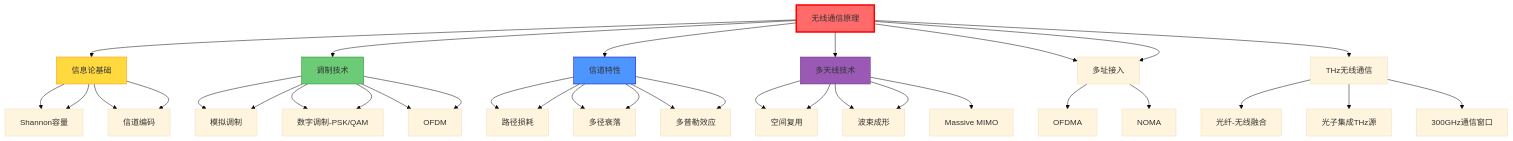
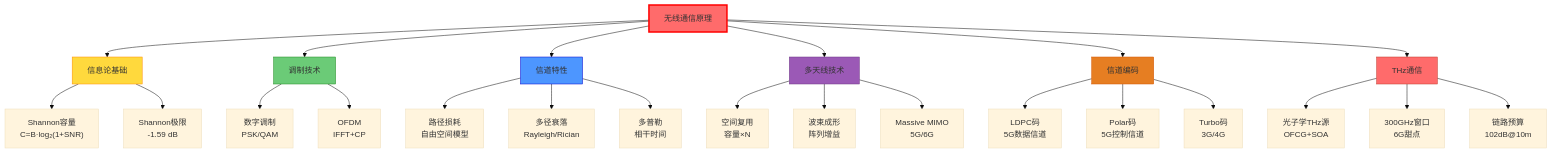
Before and after one commit to photonics-dhl/Self-learning: the second of 2 diagrams in Obsidian-Vault/1️⃣ 学科基础/📁 07 工程基础/13_无线通信原理.md, drawn with Mermaid (base theme). The commit also changed other lines of this file and 1 other file, not shown here.

````diff
--- a/Obsidian-Vault/1️⃣ 学科基础/📁 07 工程基础/13_无线通信原理.md
+++ b/Obsidian-Vault/1️⃣ 学科基础/📁 07 工程基础/13_无线通信原理.md
@@ -388,51 +383,39 @@
 ```mermaid
 graph TD
     A["无线通信原理"] --> B["信息论基础"]
     A --> C["调制技术"]
     A --> D["信道特性"]
     A --> E["多天线技术"]
-    A --> F["多址接入"]
+    A --> F["信道编码"]
+    A --> G["THz通信"]
 
-    B --> B1["Shannon容量"]
-    B --> B2["信道编码"]
+    B --> B1["Shannon容量<br/>C=B·log₂(1+SNR)"]
+    B --> B2["Shannon极限<br/>-1.59 dB"]
 
-    C --> C1["模拟调制"]
-    C --> C2["数字调制-PSK/QAM"]
-    C --> C3["OFDM"]
+    C --> C1["数字调制<br/>PSK/QAM"]
+    C --> C2["OFDM<br/>IFFT+CP"]
 
-    D --> D1["路径损耗"]
-    D --> D2["多径衰落"]
-    D --> D3["多普勒效应"]
+    D --> D1["路径损耗<br/>自由空间模型"]
+    D --> D2["多径衰落<br/>Rayleigh/Rician"]
+    D --> D3["多普勒<br/>相干时间"]
 
-    E --> E1["空间复用"]
-    E --> E2["波束成形"]
-    A --> F["多址接入"]
-    A --> G["THz无线通信"]
+    E --> E1["空间复用<br/>容量×N"]
+    E --> E2["波束成形<br/>阵列增益"]
+    E --> E3["Massive MIMO<br/>5G/6G"]
 
-    B --> B1["Shannon容量"]
-    B --> B2["信道编码"]
+    F --> F1["LDPC码<br/>5G数据信道"]
+    F --> F2["Polar码<br/>5G控制信道"]
+    F --> F3["Turbo码<br/>3G/4G"]
 
-    C --> C1["模拟调制"]
-    C --> C2["数字调制-PSK/QAM"]
-    C --> C3["OFDM"]
-
-    D --> D1["路径损耗"]
-    D --> D2["多径衰落"]
-    D --> D3["多普勒效应"]
-
-    E --> E1["空间复用"]
-    E --> E2["波束成形"]
-    E --> E3["Massive MIMO"]
-
-    G --> G1["光纤-无线融合"]
-    G --> G2["光子集成THz源"]
-    G --> G3["300GHz通信窗口"]
-    F --> F2["OFDMA"]
-    F --> F3["NOMA"]
+    G --> G1["光子学THz源<br/>OFCG+SOA"]
+    G --> G2["300GHz窗口<br/>6G甜点"]
+    G --> G3["链路预算<br/>102dB@10m"]
 
     style A fill:#FF6B6B,stroke:#FF0000,stroke-width:3px
     style B fill:#FFD93D,stroke:#FF8C00
     style C fill:#6BCB77,stroke:#228B22
     style D fill:#4D96FF,stroke:#0000CD
     style E fill:#9B59B6,stroke:#6C3483
+    style F fill:#E67E22,stroke:#D35400
+    style G fill:#FF6B6B,stroke:#C0392B
 ```
````
